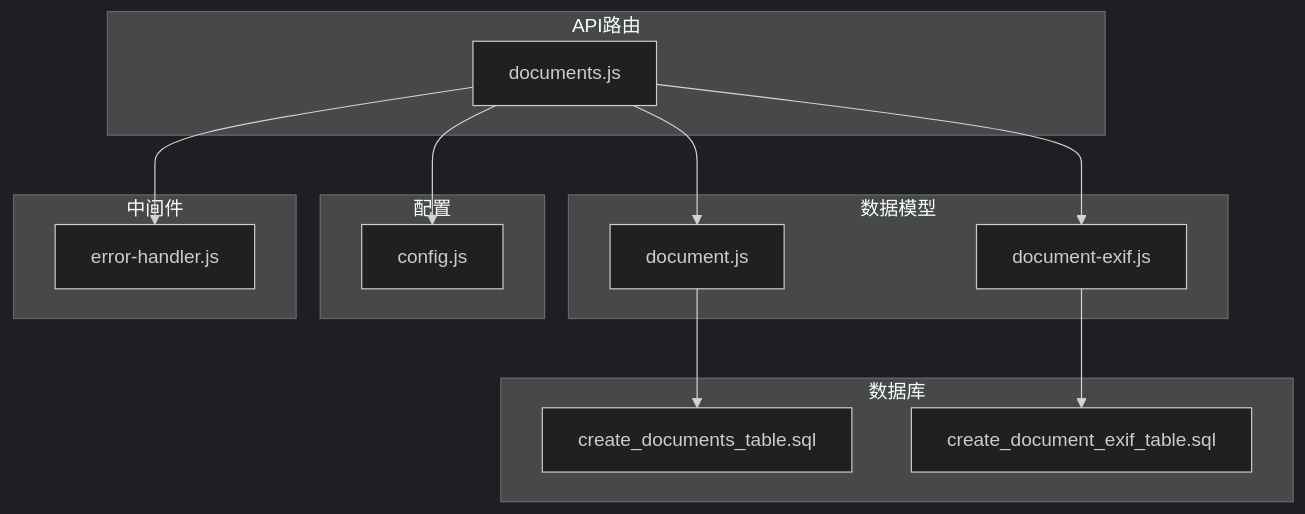
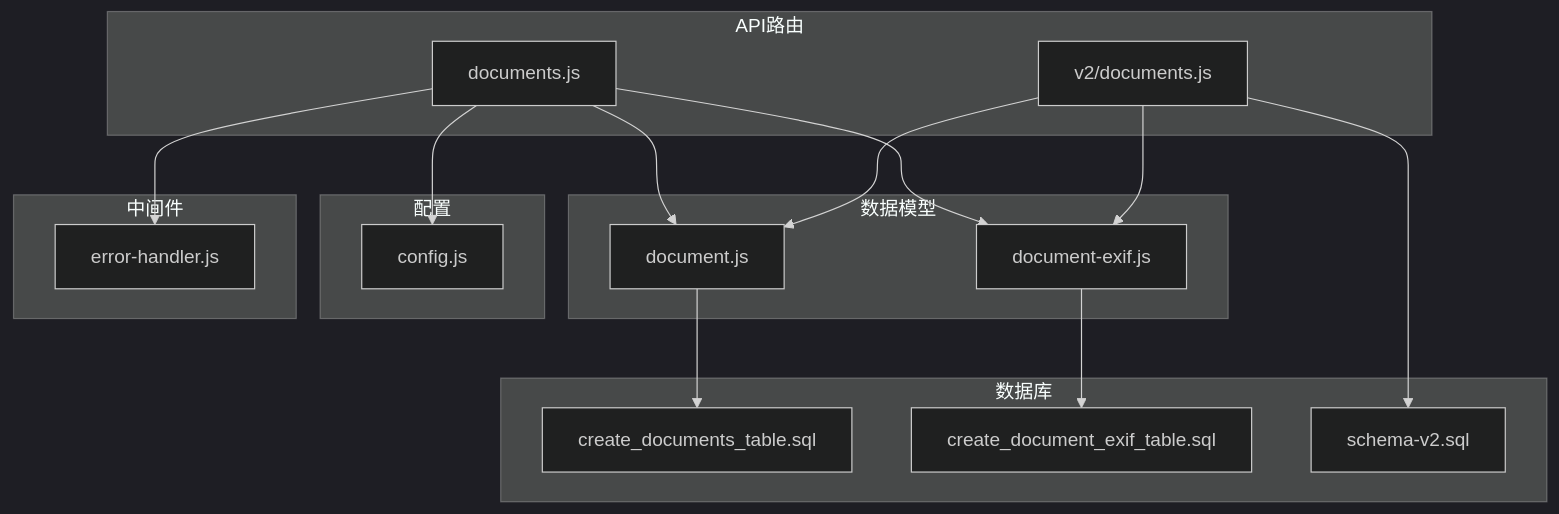
Before and after one commit to ideeinfo/TwinSight: the first of 7 diagrams in .qoder/repowiki/zh/content/后端架构/API路由设计/文档管理API/文档管理API.md, drawn with Mermaid (dark theme). The commit also changed other lines of this file and 7 other files, not shown here.

````diff
--- a/.qoder/repowiki/zh/content/后端架构/API路由设计/文档管理API/文档管理API.md
+++ b/.qoder/repowiki/zh/content/后端架构/API路由设计/文档管理API/文档管理API.md
@@ -32,26 +45,31 @@
 ```mermaid
 graph TB
 subgraph "API路由"
 documents_js[documents.js]
+v2_documents_js[v2/documents.js]
 end
 subgraph "数据模型"
 document_js[document.js]
 document_exif_js[document-exif.js]
 end
 subgraph "数据库"
 create_documents_table_sql[create_documents_table.sql]
 create_document_exif_table_sql[create_document_exif_table.sql]
+schema_v2_sql[schema-v2.sql]
 end
 subgraph "配置"
 config_js[config.js]
 end
 subgraph "中间件"
 error_handler_js[error-handler.js]
 end
 documents_js --> document_js
 documents_js --> document_exif_js
+v2_documents_js --> document_js
+v2_documents_js --> document_exif_js
 document_js --> create_documents_table_sql
 document_exif_js --> create_document_exif_table_sql
 documents_js --> config_js
 documents_js --> error_handler_js
+v2_documents_js --> schema_v2_sql
 ```
````
